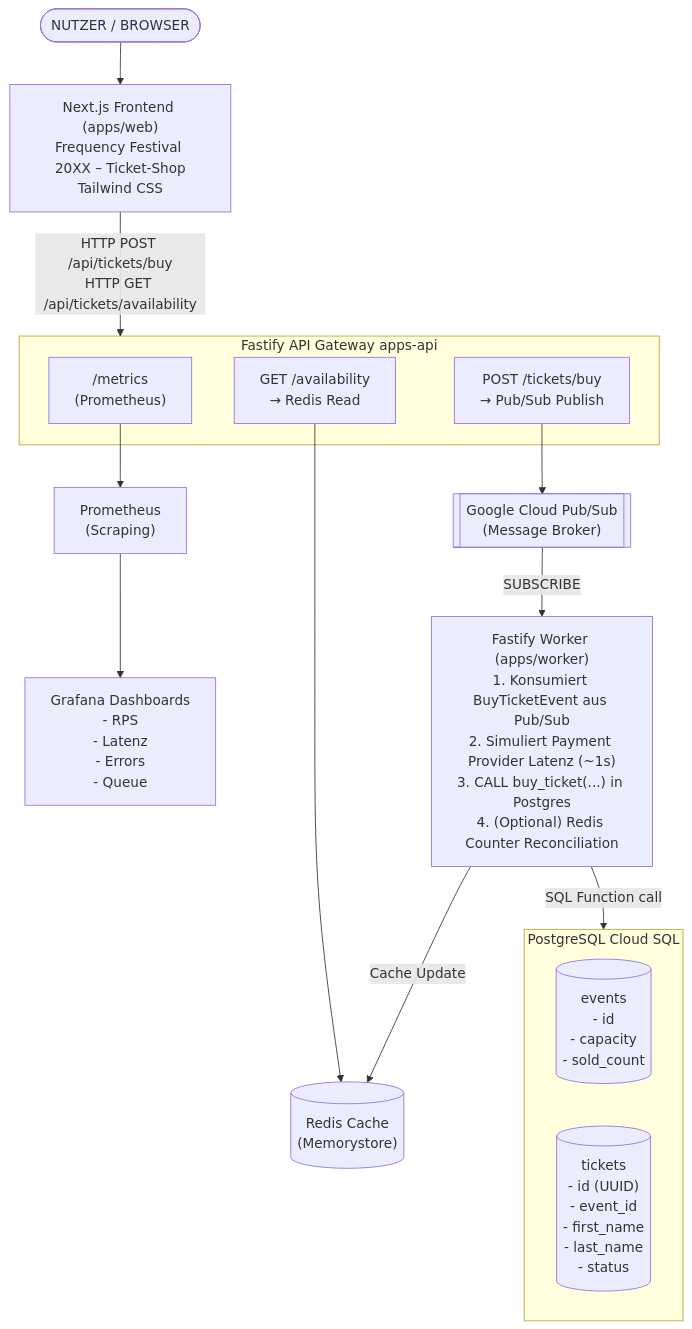
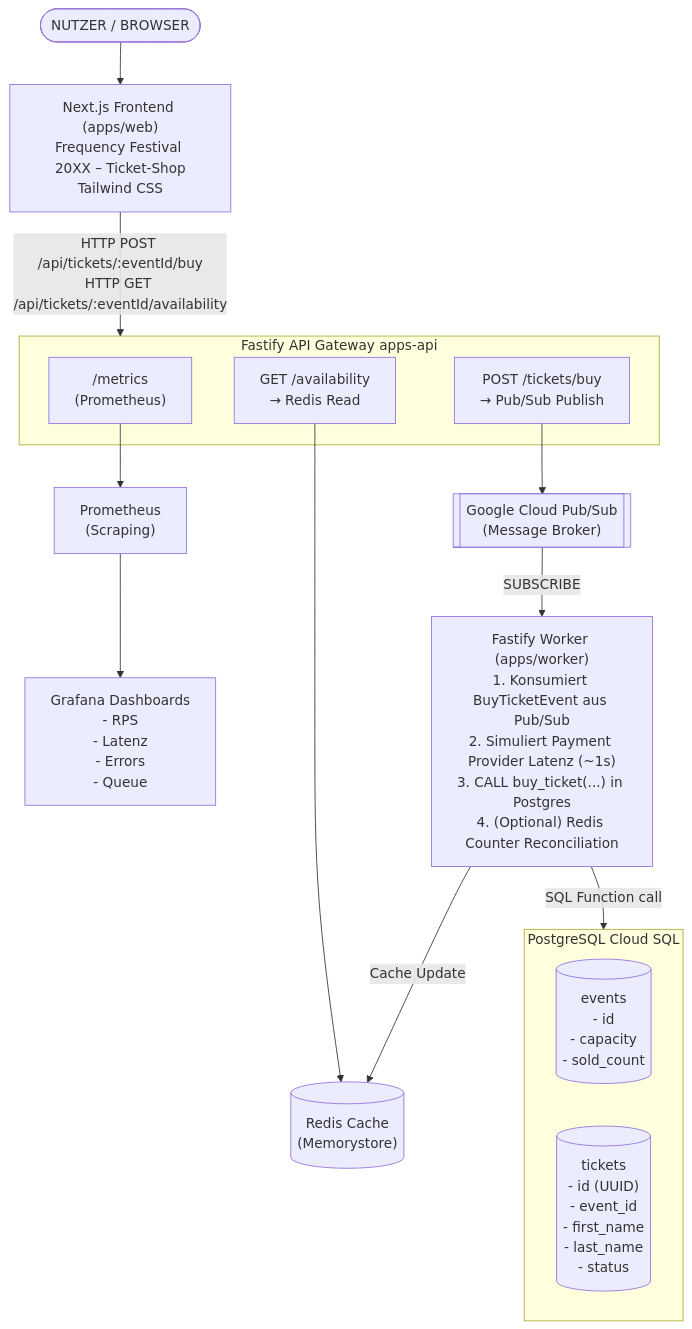
One commit to schuler-ph/high-frequency-ticket-system changed the first of 2 diagrams in docs/ARCHITECTURE.md. Above: the diagram before and after it, drawn with Mermaid. The commit also changed other lines of this file and 8 other files, not shown here.

Commit message:
implement event-specific Redis keys and update API routes to use :eventId parameter

````diff
--- a/docs/ARCHITECTURE.md
+++ b/docs/ARCHITECTURE.md
@@ -7,39 +7,39 @@
 ```mermaid
 flowchart TD
     User([NUTZER / BROWSER])
 
     Frontend["Next.js Frontend (apps/web)<br/>Frequency Festival 20XX – Ticket-Shop<br/>Tailwind CSS"]
 
     subgraph API [Fastify API Gateway apps-api]
         API_metrics["/metrics<br/>(Prometheus)"]
         API_avail["GET /availability<br/>→ Redis Read"]
         API_buy["POST /tickets/buy<br/>→ Pub/Sub Publish"]
     end
 
     Prometheus["Prometheus<br/>(Scraping)"]
     Redis[("Redis Cache<br/>(Memorystore)")]
     PubSub[["Google Cloud Pub/Sub<br/>(Message Broker)"]]
 
     Grafana["Grafana Dashboards<br/>- RPS<br/>- Latenz<br/>- Errors<br/>- Queue"]
 
     Worker["Fastify Worker (apps/worker)<br/>1. Konsumiert BuyTicketEvent aus Pub/Sub<br/>2. Simuliert Payment Provider Latenz (~1s)<br/>3. CALL buy_ticket(...) in Postgres<br/>4. (Optional) Redis Counter Reconciliation"]
 
     subgraph DB [PostgreSQL Cloud SQL]
         events[("events<br/>- id<br/>- capacity<br/>- sold_count")]
         tickets[("tickets<br/>- id (UUID)<br/>- event_id<br/>- first_name<br/>- last_name<br/>- status")]
     end
 
     User --> Frontend
-    Frontend -->|"HTTP POST /api/tickets/buy<br/>HTTP GET /api/tickets/availability"| API
+    Frontend -->|"HTTP POST /api/tickets/:eventId/buy<br/>HTTP GET /api/tickets/:eventId/availability"| API
 
     API_metrics --> Prometheus
     API_avail --> Redis
     API_buy --> PubSub
 
     Prometheus --> Grafana
 
     Worker -->|Cache Update| Redis
     PubSub -->|SUBSCRIBE| Worker
 
     Worker -->|SQL Function call| DB
 ```
````
